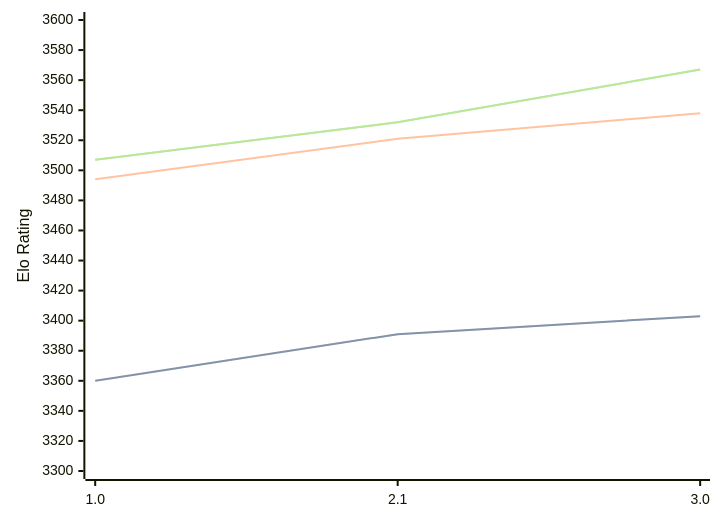
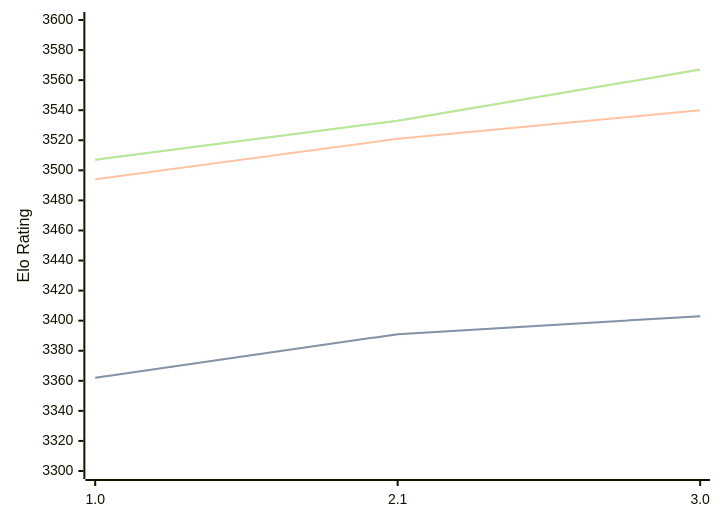
Before and after one commit to computer-chess-index/cci: the diagram in engines/Hobbes.md, drawn with Mermaid. The commit also changed other lines of this file, not shown here.

Commit message:
Update CCI Ratings (ELO VLTC) - 2026-08-17

````diff
--- a/engines/Hobbes.md
+++ b/engines/Hobbes.md
@@ -33,11 +33,11 @@
 ```mermaid
 %%{init: {"theme":"base","themeVariables":{"seriesColors:['#a3a3a3','#222221','#faa371']}}}%%
 xychart-beta
   x-axis ["1.0", "2.1", "3.0"]
   y-axis "Elo Rating" 3300 --> 3600
-  line "STC (8.0+0.08s)" [3360, 3391, 3403]
-  line "STC (8.0+0.08s)" [3360, 3391, 3403]
-  line "LTC (60.0+0.60s)" [3494, 3521, 3538]
-  line "VLTC (2m24s+1.12s)" [3507, 3532, 3567]
-  line "VLTC (2m24s+1.12s)" [3507, 3532, 3567]
+  line "STC (8.0+0.08s)" [3362, 3391, 3403]
+  line "STC (8.0+0.08s)" [3362, 3391, 3403]
+  line "LTC (60.0+0.60s)" [3494, 3521, 3540]
+  line "VLTC (2m24s+1.12s)" [3507, 3533, 3567]
+  line "VLTC (2m24s+1.12s)" [3507, 3533, 3567]
 ```
````
